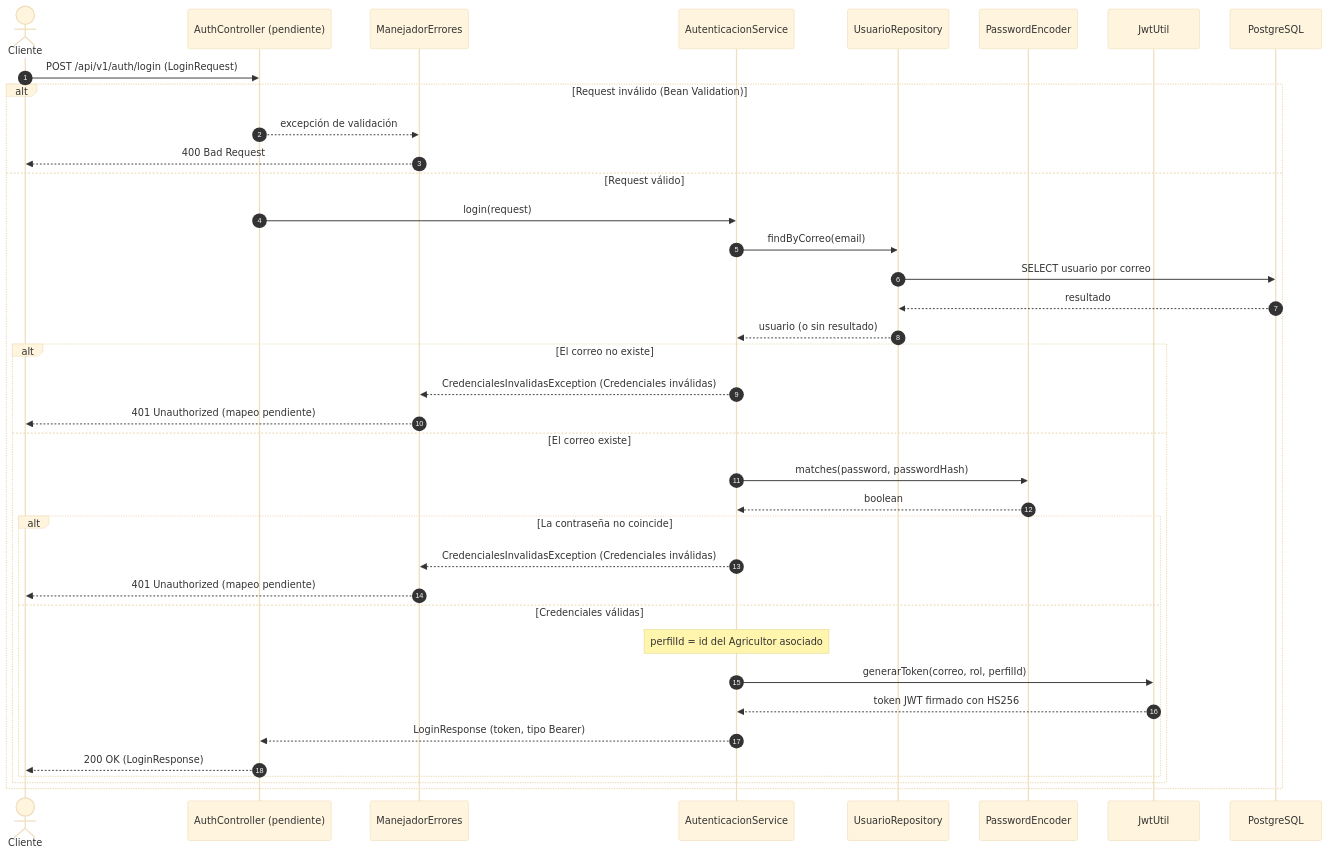
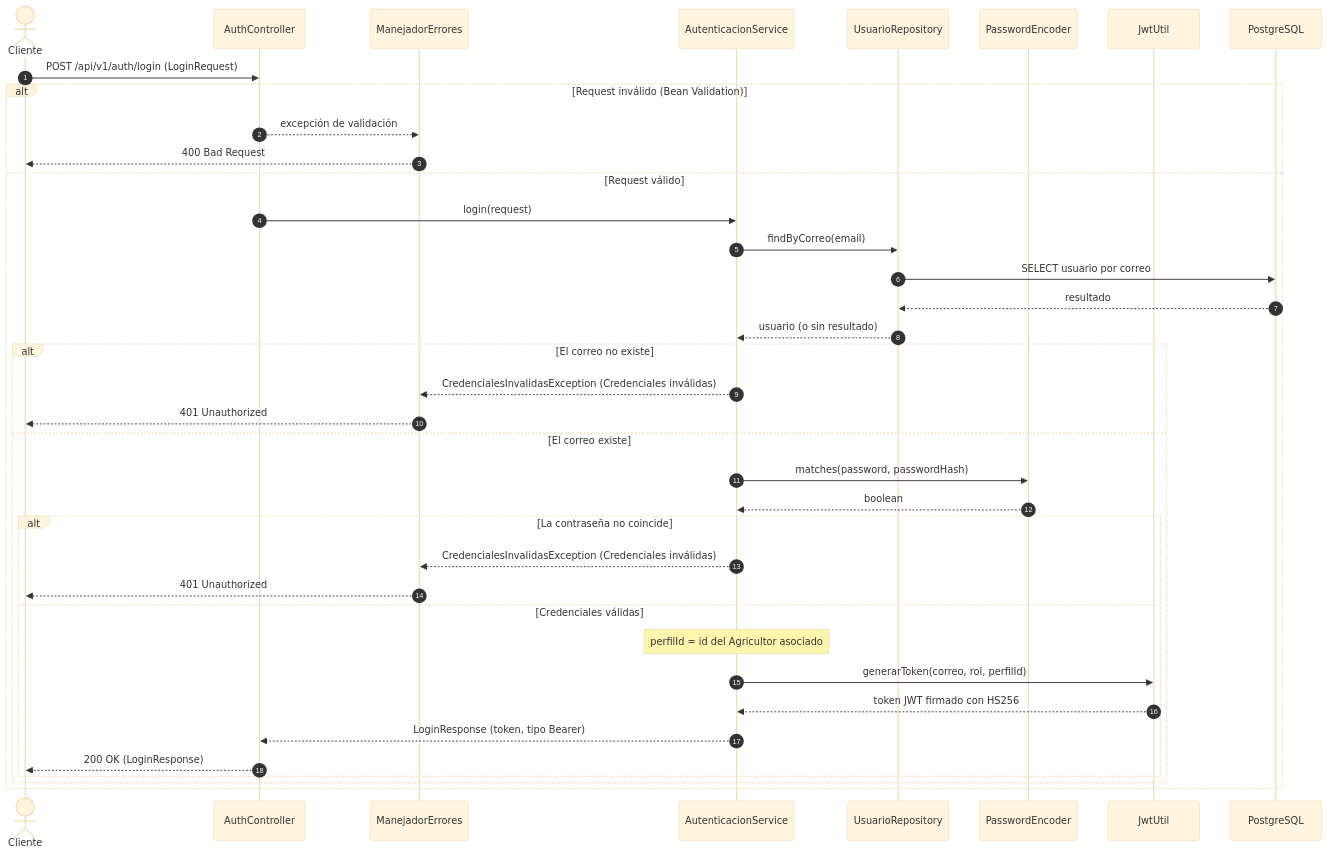
The second of 3 diagrams in docs/diseno/diagrama-secuencia.md (Angel-uniajc/AgrovalleConnect), drawn with Mermaid (base theme) before and after one commit. The commit also changed other lines of this file and 1 other file, not shown here.

Commit message:
docs(T05-DIS): documentar diagramas de secuencia de HU-01 y HU-16

````diff
--- a/docs/diseno/diagrama-secuencia.md
+++ b/docs/diseno/diagrama-secuencia.md
@@ -138,41 +138,41 @@
 ```mermaid
 sequenceDiagram
     autonumber
     actor Cliente
-    participant C as AuthController (pendiente)
+    participant C as AuthController
     participant E as ManejadorErrores
     participant A as AutenticacionService
     participant UR as UsuarioRepository
     participant PE as PasswordEncoder
     participant J as JwtUtil
     participant DB as PostgreSQL
 
     Cliente->>C: POST /api/v1/auth/login (LoginRequest)
     alt Request inválido (Bean Validation)
         C-->>E: excepción de validación
         E-->>Cliente: 400 Bad Request
     else Request válido
         C->>A: login(request)
         A->>UR: findByCorreo(email)
         UR->>DB: SELECT usuario por correo
         DB-->>UR: resultado
         UR-->>A: usuario (o sin resultado)
         alt El correo no existe
             A-->>E: CredencialesInvalidasException (Credenciales inválidas)
-            E-->>Cliente: 401 Unauthorized (mapeo pendiente)
+            E-->>Cliente: 401 Unauthorized
         else El correo existe
             A->>PE: matches(password, passwordHash)
             PE-->>A: boolean
             alt La contraseña no coincide
                 A-->>E: CredencialesInvalidasException (Credenciales inválidas)
-                E-->>Cliente: 401 Unauthorized (mapeo pendiente)
+                E-->>Cliente: 401 Unauthorized
             else Credenciales válidas
                 Note over A: perfilId = id del Agricultor asociado
                 A->>J: generarToken(correo, rol, perfilId)
                 J-->>A: token JWT firmado con HS256
                 A-->>C: LoginResponse (token, tipo Bearer)
                 C-->>Cliente: 200 OK (LoginResponse)
             end
         end
     end
 ```
````
